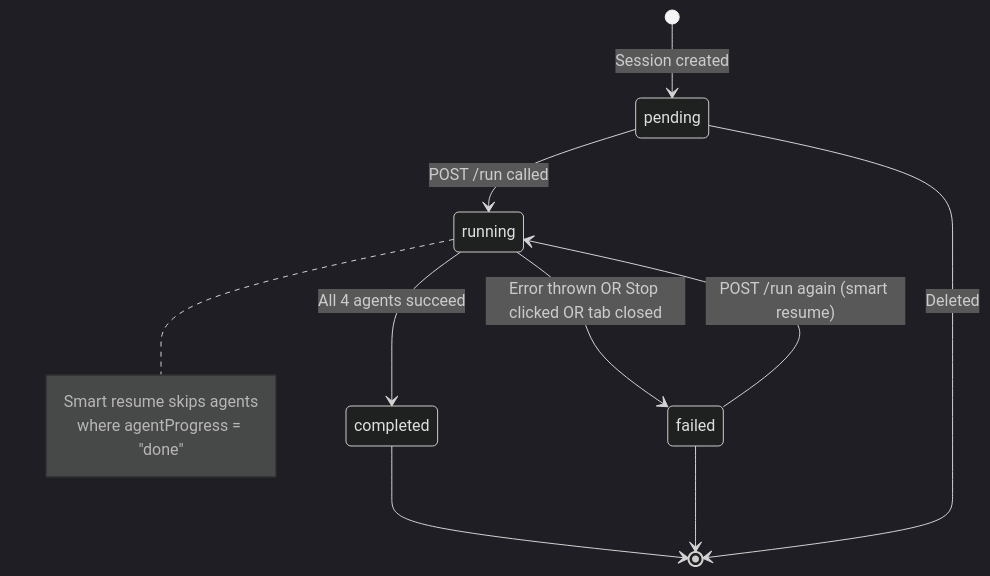
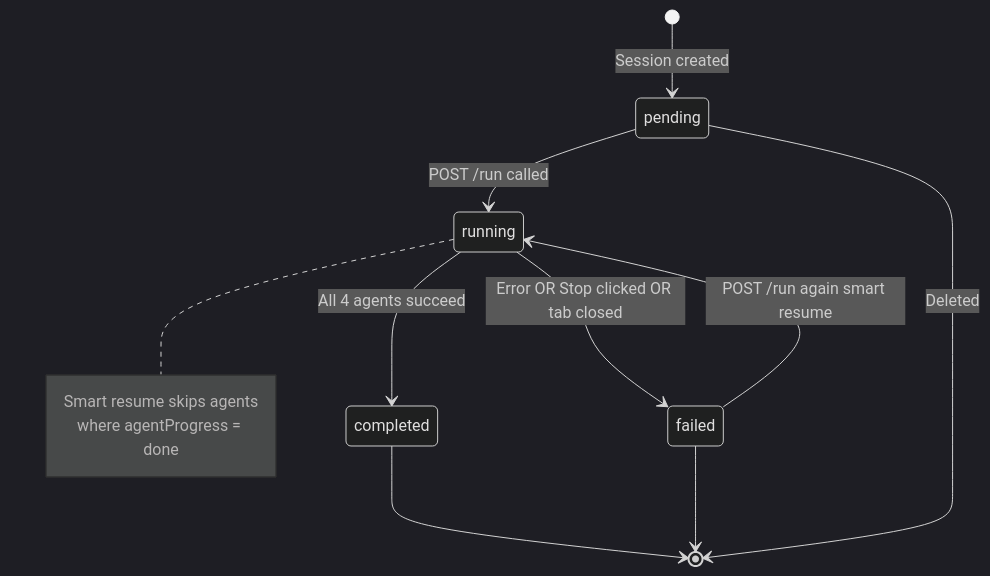
The third of 6 diagrams in README.md (muhammad-hameed-ai/FounderAI), drawn with Mermaid (dark theme) before and after one commit. The commit also changed other lines of this file, not shown here.

````diff
--- a/README.md
+++ b/README.md
@@ -382,16 +309,16 @@
 ```mermaid
 stateDiagram-v2
     [*] --> pending : Session created
     pending --> running : POST /run called
     running --> completed : All 4 agents succeed
-    running --> failed : Error thrown OR Stop clicked OR tab closed
-    failed --> running : POST /run again (smart resume)
+    running --> failed : Error OR Stop clicked OR tab closed
+    failed --> running : POST /run again smart resume
     completed --> [*]
     failed --> [*]
     pending --> [*] : Deleted
 
     note right of running
         Smart resume skips agents
-        where agentProgress = "done"
+        where agentProgress = done
     end note
 ```
````
